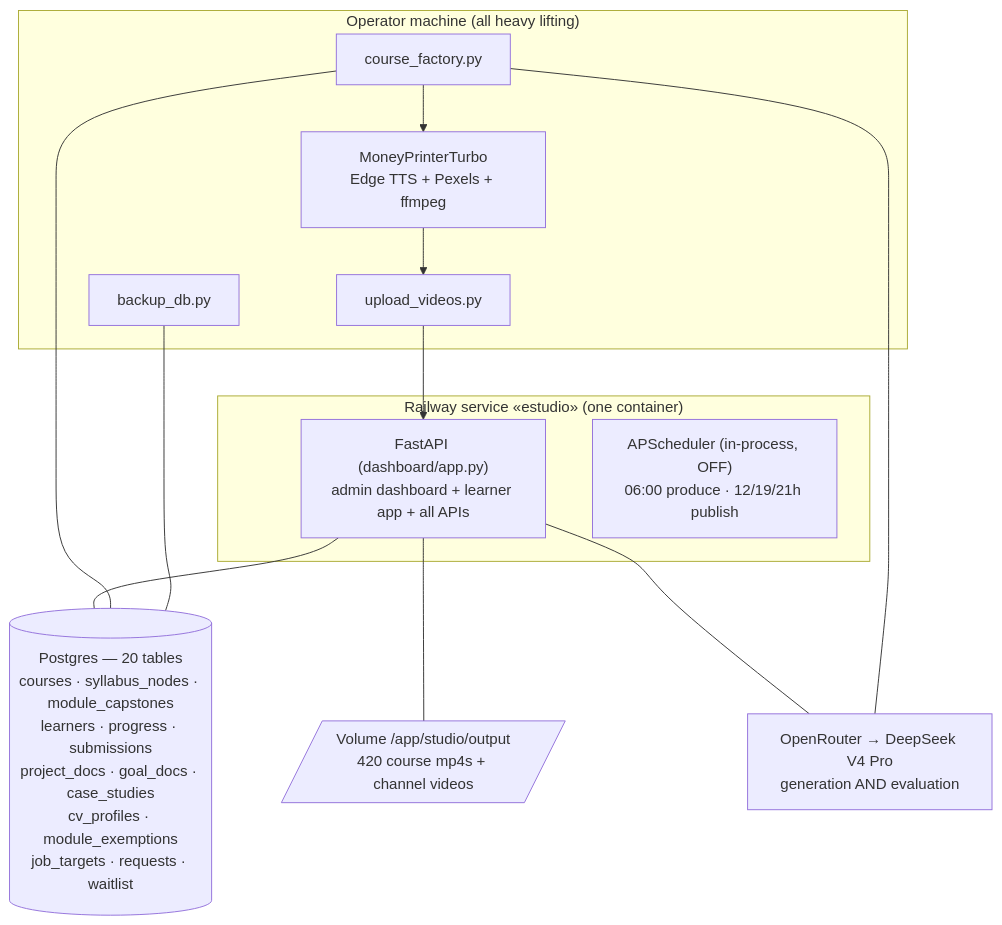
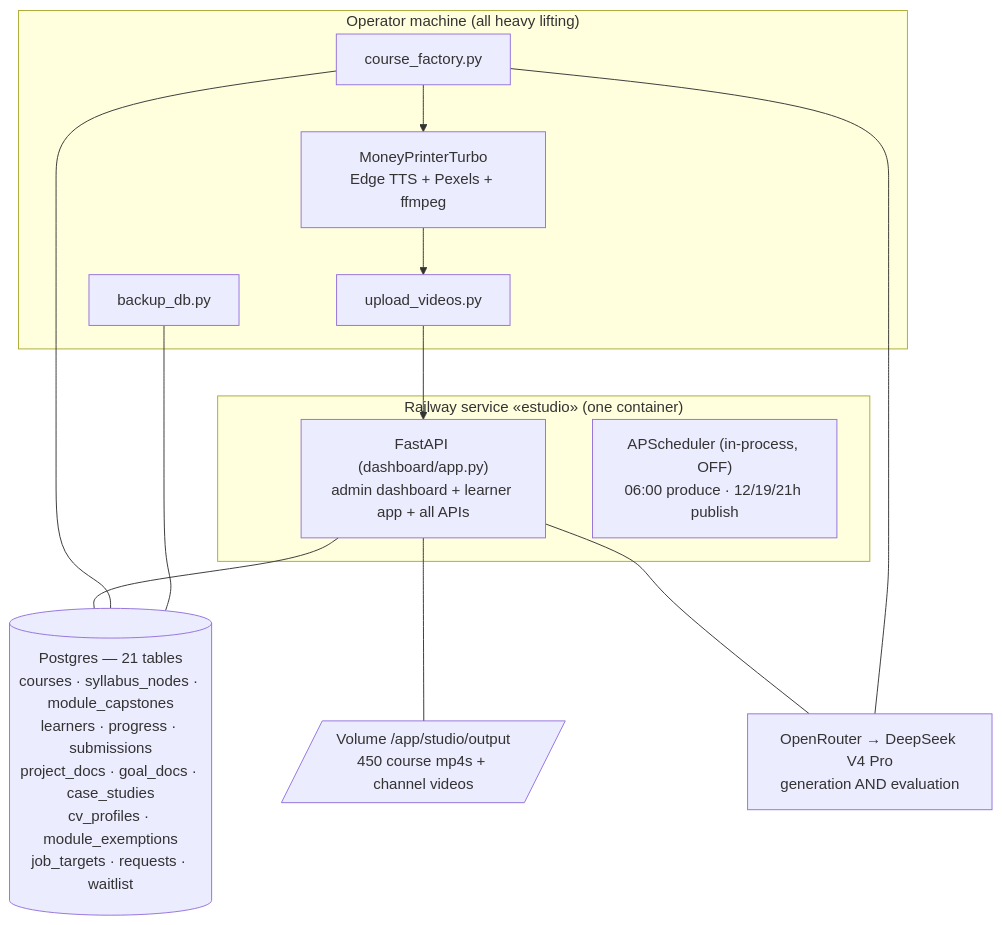
The diagram in docs/03-architecture.md (JtPerez-Acle/rumbo), drawn with Mermaid before and after one commit. The commit also changed other lines of this file and 7 other files, not shown here.

````diff
--- a/docs/03-architecture.md
+++ b/docs/03-architecture.md
@@ -8,24 +8,24 @@
 ```mermaid
 flowchart TB
     subgraph Railway ["Railway service «estudio» (one container)"]
         APP["FastAPI (dashboard/app.py)\nadmin dashboard + learner app + all APIs"]
         SCHED["APScheduler (in-process, OFF)\n06:00 produce · 12/19/21h publish"]
     end
-    PG[("Postgres — 20 tables\ncourses · syllabus_nodes · module_capstones\nlearners · progress · submissions\nproject_docs · goal_docs · case_studies
+    PG[("Postgres — 21 tables\ncourses · syllabus_nodes · module_capstones\nlearners · progress · submissions\nproject_docs · goal_docs · case_studies
 cv_profiles · module_exemptions\njob_targets · requests · waitlist")]
-    VOL[/"Volume /app/studio/output\n420 course mp4s + channel videos"/]
+    VOL[/"Volume /app/studio/output\n450 course mp4s + channel videos"/]
     OR["OpenRouter → DeepSeek V4 Pro\ngeneration AND evaluation"]
     APP --- PG
     APP --- VOL
     APP --- OR
     subgraph Local ["Operator machine (all heavy lifting)"]
         FACTORY["course_factory.py"]
         MPT["MoneyPrinterTurbo\nEdge TTS + Pexels + ffmpeg"]
         UP["upload_videos.py"]
         BK["backup_db.py"]
     end
     FACTORY --> MPT --> UP --> APP
     FACTORY --- PG
     FACTORY --- OR
     BK --- PG
 ```
````
